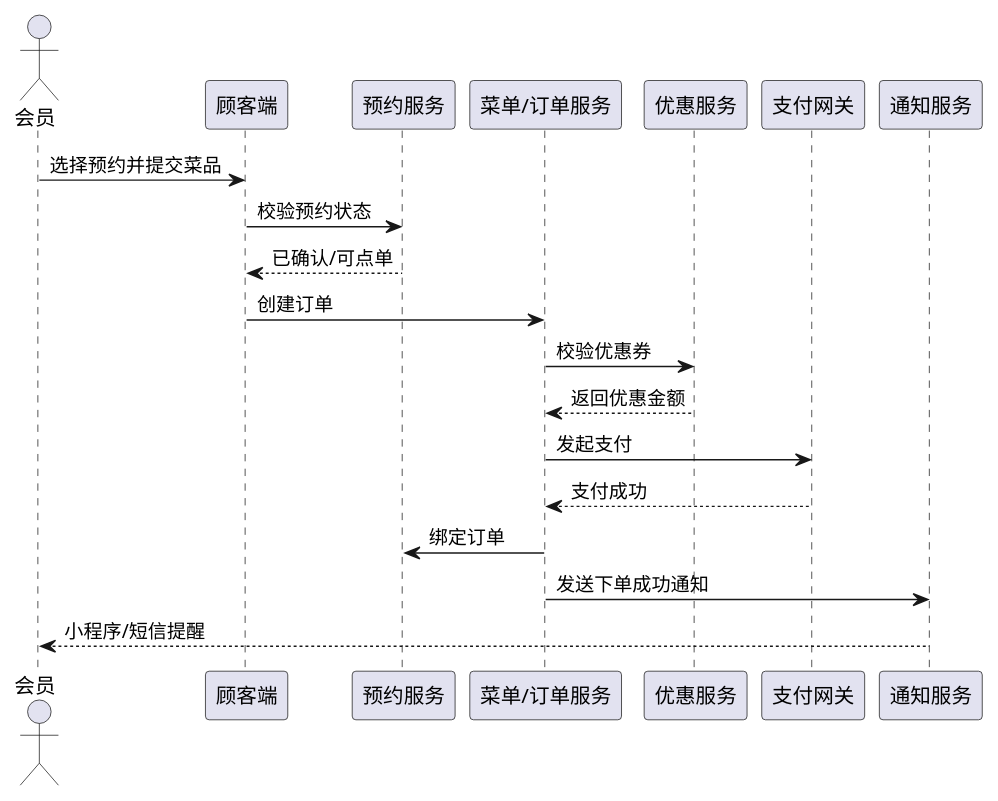
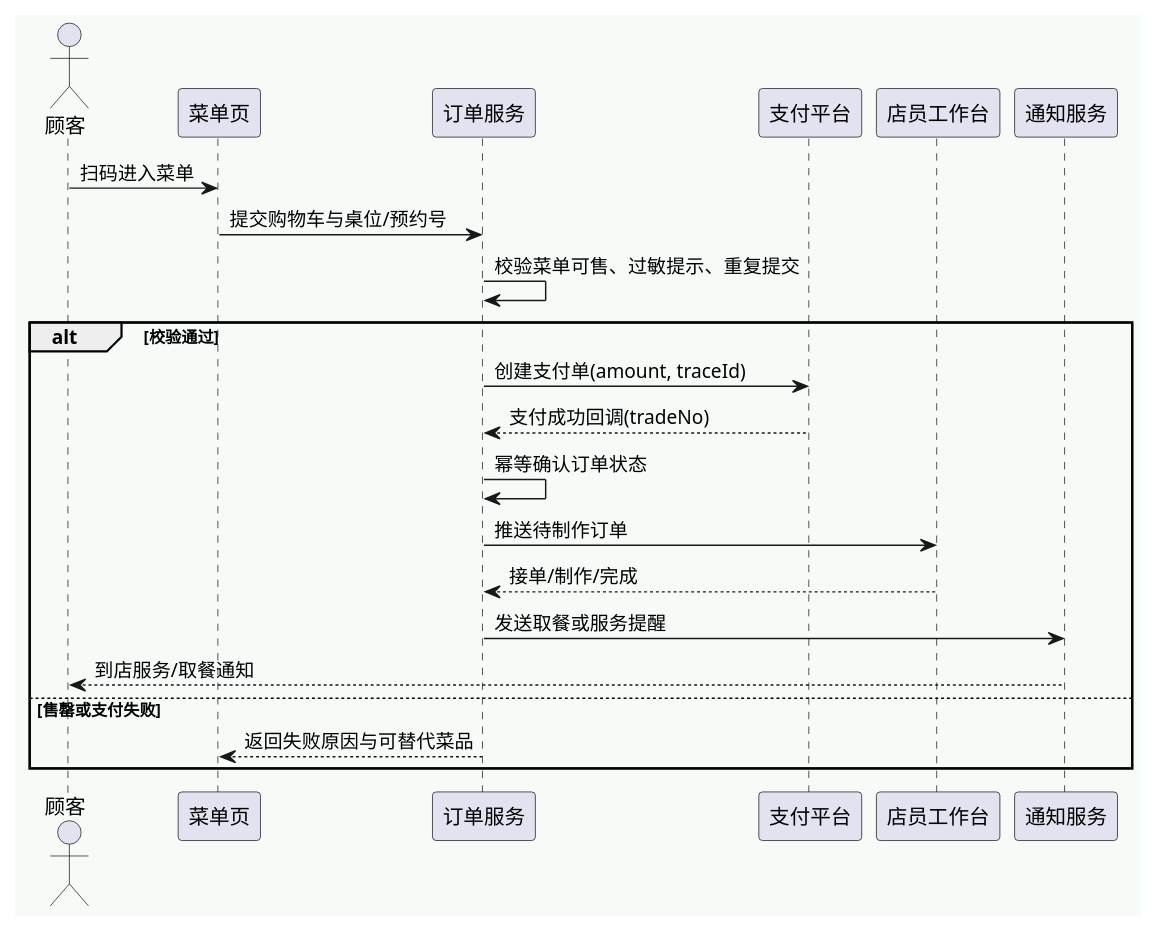
Before and after one commit to EridanusQ/BJFU-SoftwareEngineer: the diagram in 实验一_智能化需求工程与UML建模/D1-4_UML模型集/sequence/下单顺序图.puml, drawn with PlantUML. The commit also changed 40 other files, not shown here.

Commit message:
docs(lab1): polish D1-4 UML and D1-5 traceability

```diff
--- a/实验一_智能化需求工程与UML建模/D1-4_UML模型集/sequence/下单顺序图.puml
+++ b/实验一_智能化需求工程与UML建模/D1-4_UML模型集/sequence/下单顺序图.puml
@@ -1,20 +1,25 @@
 @startuml
-actor "会员" as Member
-participant "顾客端" as App
-participant "预约服务" as Reservation
-participant "菜单/订单服务" as Order
-participant "优惠服务" as Coupon
-participant "支付网关" as Pay
-participant "通知服务" as Notify
-Member -> App: 选择预约并提交菜品
-App -> Reservation: 校验预约状态
-Reservation --> App: 已确认/可点单
-App -> Order: 创建订单
-Order -> Coupon: 校验优惠券
-Coupon --> Order: 返回优惠金额
-Order -> Pay: 发起支付
-Pay --> Order: 支付成功
-Order -> Reservation: 绑定订单
-Order -> Notify: 发送下单成功通知
-Notify --> Member: 小程序/短信提醒
+skinparam backgroundColor #F6FBF8
+skinparam shadowing false
+skinparam defaultFontName Microsoft YaHei
+actor 顾客
+participant "菜单页" as Menu
+participant "订单服务" as OrderSvc
+participant "支付平台" as Pay
+participant "店员工作台" as StaffApp
+participant "通知服务" as Msg
+顾客 -> Menu: 扫码进入菜单
+Menu -> OrderSvc: 提交购物车与桌位/预约号
+OrderSvc -> OrderSvc: 校验菜单可售、过敏提示、重复提交
+alt 校验通过
+  OrderSvc -> Pay: 创建支付单(amount, traceId)
+  Pay --> OrderSvc: 支付成功回调(tradeNo)
+  OrderSvc -> OrderSvc: 幂等确认订单状态
+  OrderSvc -> StaffApp: 推送待制作订单
+  StaffApp --> OrderSvc: 接单/制作/完成
+  OrderSvc -> Msg: 发送取餐或服务提醒
+  Msg --> 顾客: 到店服务/取餐通知
+else 售罄或支付失败
+  OrderSvc --> Menu: 返回失败原因与可替代菜品
+end
 @enduml
```
